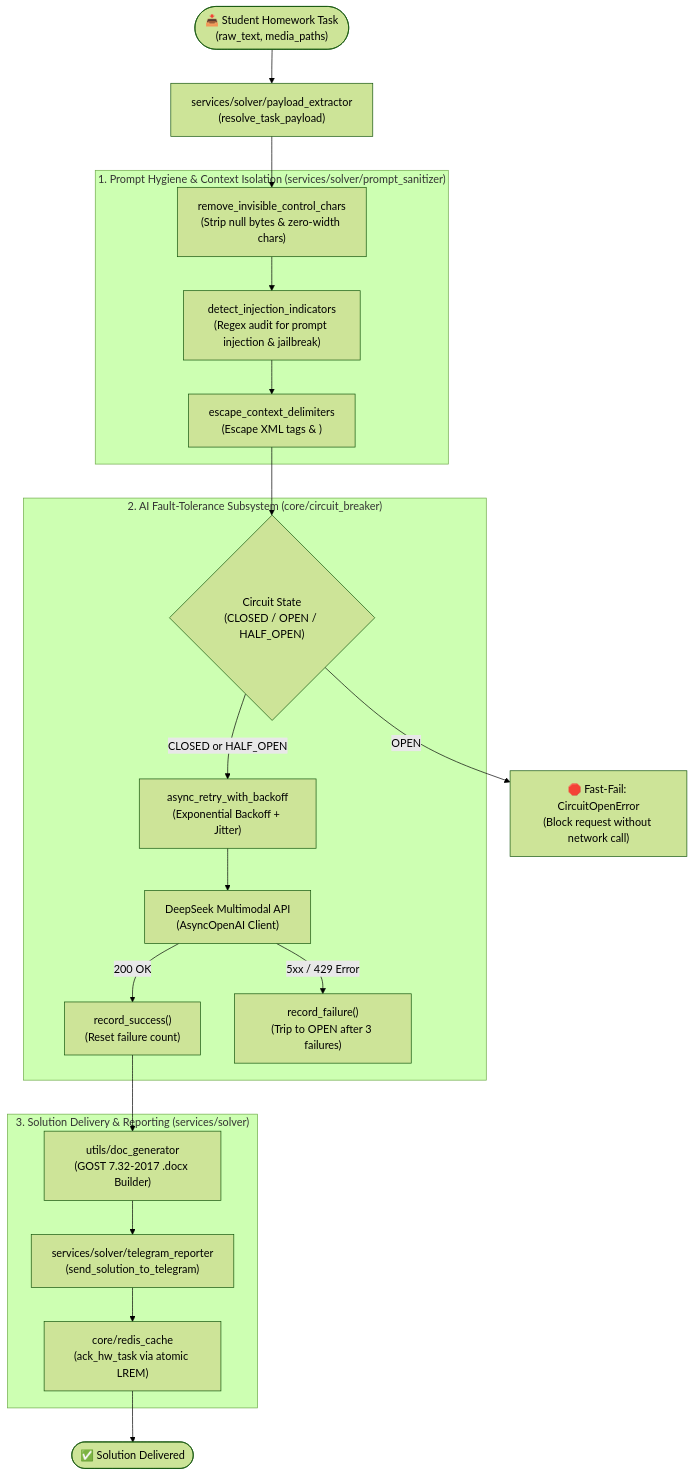
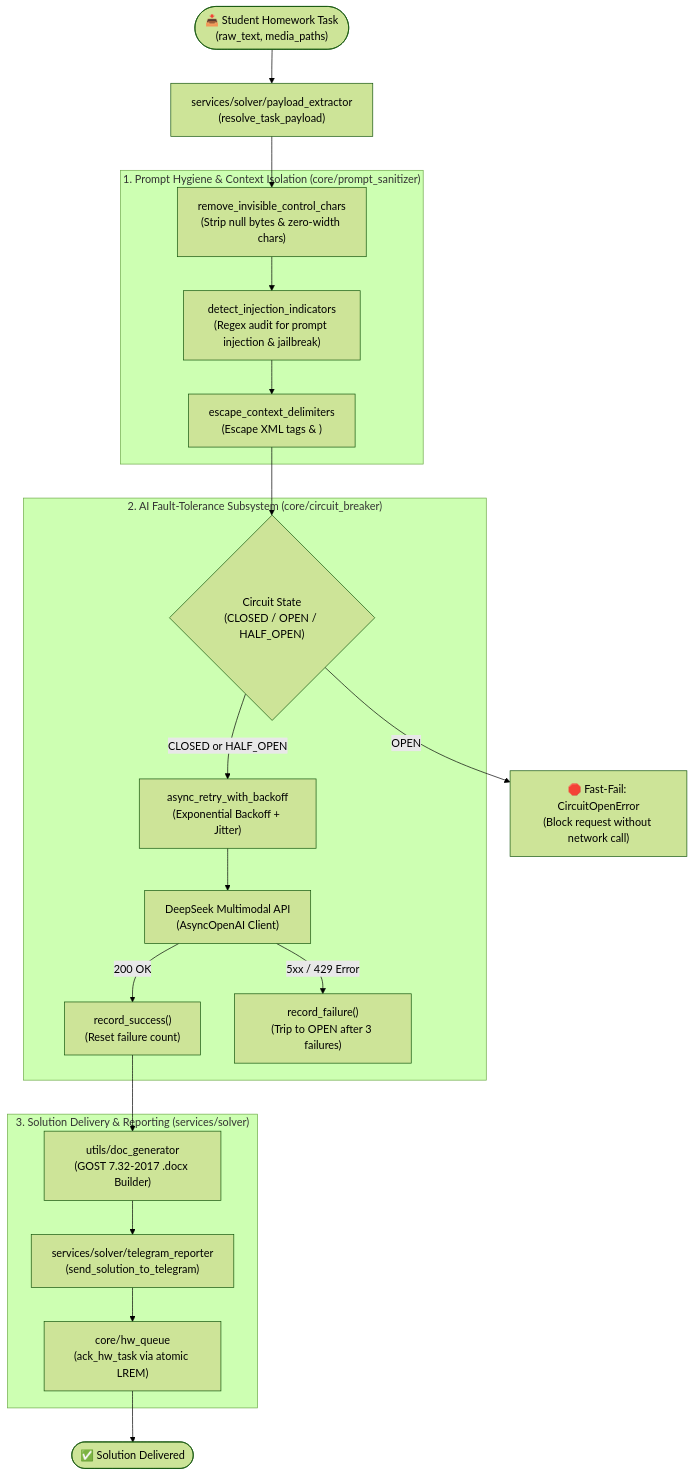
Diagram 42 of 55 in docs/UML.md (Utkautka1/para), drawn with Mermaid (forest theme) before and after one commit. The commit also changed other lines of this file and 117 other files, not shown here.

Commit message:
docs: generator uses docstrings, accurate subsystem labels; regenerate docs, OpenAPI and UML

````diff
--- a/docs/UML.md
+++ b/docs/UML.md
@@ -2806,40 +2825,40 @@
 ```mermaid
 flowchart TD
     TaskIngress(["📥 Student Homework Task\n(raw_text, media_paths)"]) --> ExtractPayload["services/solver/payload_extractor\n(resolve_task_payload)"]
 
-    subgraph Sanitization["1. Prompt Hygiene & Context Isolation (services/solver/prompt_sanitizer)"]
+    subgraph Sanitization["1. Prompt Hygiene & Context Isolation (core/prompt_sanitizer)"]
         CleanChars["remove_invisible_control_chars\n(Strip null bytes & zero-width chars)"]
         DetectInjection["detect_injection_indicators\n(Regex audit for prompt injection & jailbreak)"]
         EscapeDelim["escape_context_delimiters\n(Escape XML tags & </учебное_задание>)"]
     end
 
     ExtractPayload --> CleanChars
     CleanChars --> DetectInjection
     DetectInjection --> EscapeDelim
 
     subgraph Resilience["2. AI Fault-Tolerance Subsystem (core/circuit_breaker)"]
         CBState{"Circuit State\n(CLOSED / OPEN / HALF_OPEN)"}
         RetryLoop["async_retry_with_backoff\n(Exponential Backoff + Jitter)"]
         DeepSeekAPI["DeepSeek Multimodal API\n(AsyncOpenAI Client)"]
         RecordSuccess["record_success()\n(Reset failure count)"]
         RecordFailure["record_failure()\n(Trip to OPEN after 3 failures)"]
     end
 
     EscapeDelim --> CBState
     CBState -->|CLOSED or HALF_OPEN| RetryLoop
     CBState -->|OPEN| FastFail["🛑 Fast-Fail: CircuitOpenError\n(Block request without network call)"]
     RetryLoop --> DeepSeekAPI
     DeepSeekAPI -->|200 OK| RecordSuccess
     DeepSeekAPI -->|5xx / 429 Error| RecordFailure
 
     subgraph Delivery["3. Solution Delivery & Reporting (services/solver)"]
         DocGen["utils/doc_generator\n(GOST 7.32-2017 .docx Builder)"]
         TgReport["services/solver/telegram_reporter\n(send_solution_to_telegram)"]
-        AckTask["core/redis_cache\n(ack_hw_task via atomic LREM)"]
+        AckTask["core/hw_queue\n(ack_hw_task via atomic LREM)"]
     end
 
     RecordSuccess --> DocGen
     DocGen --> TgReport
     TgReport --> AckTask
     AckTask --> TaskDone(["✅ Solution Delivered"])
 ```
````
